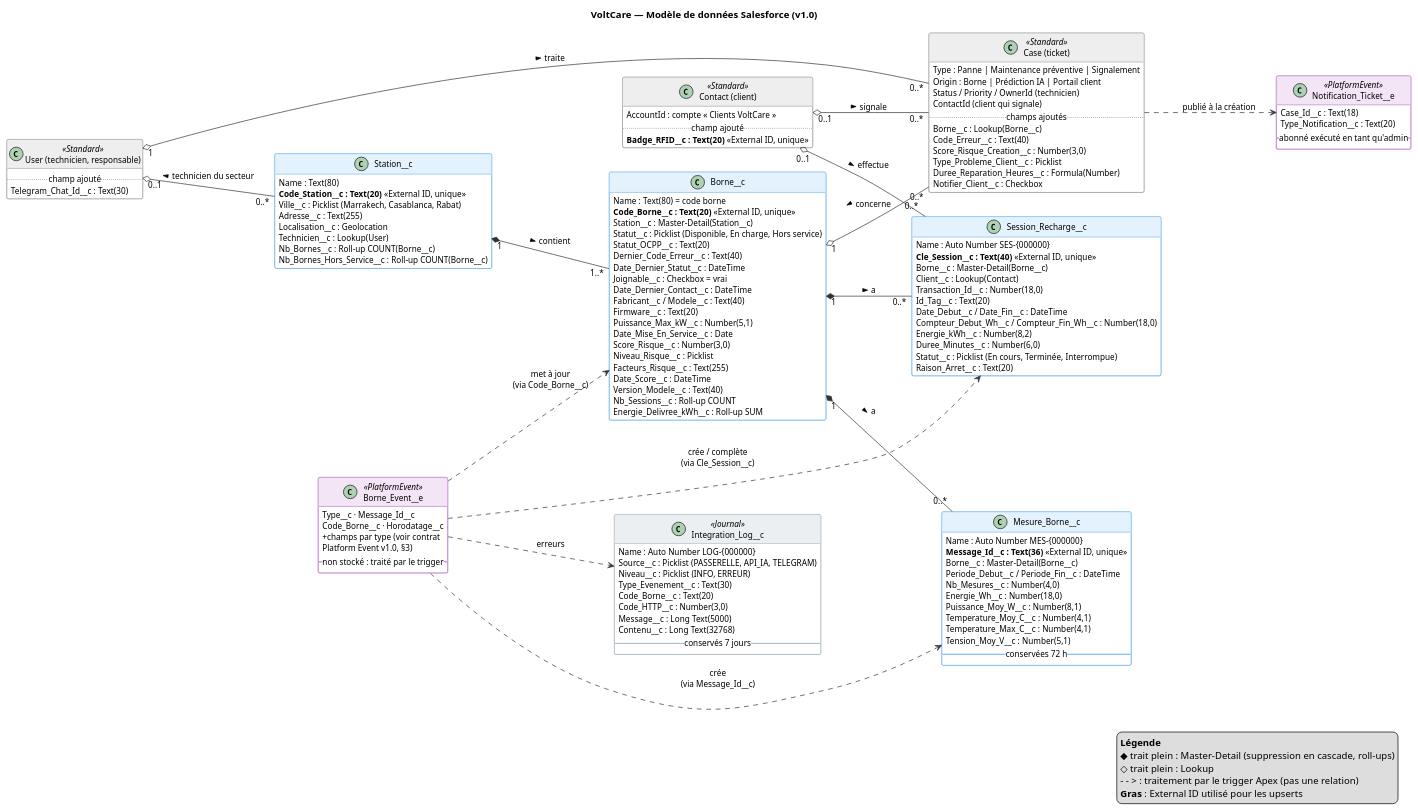
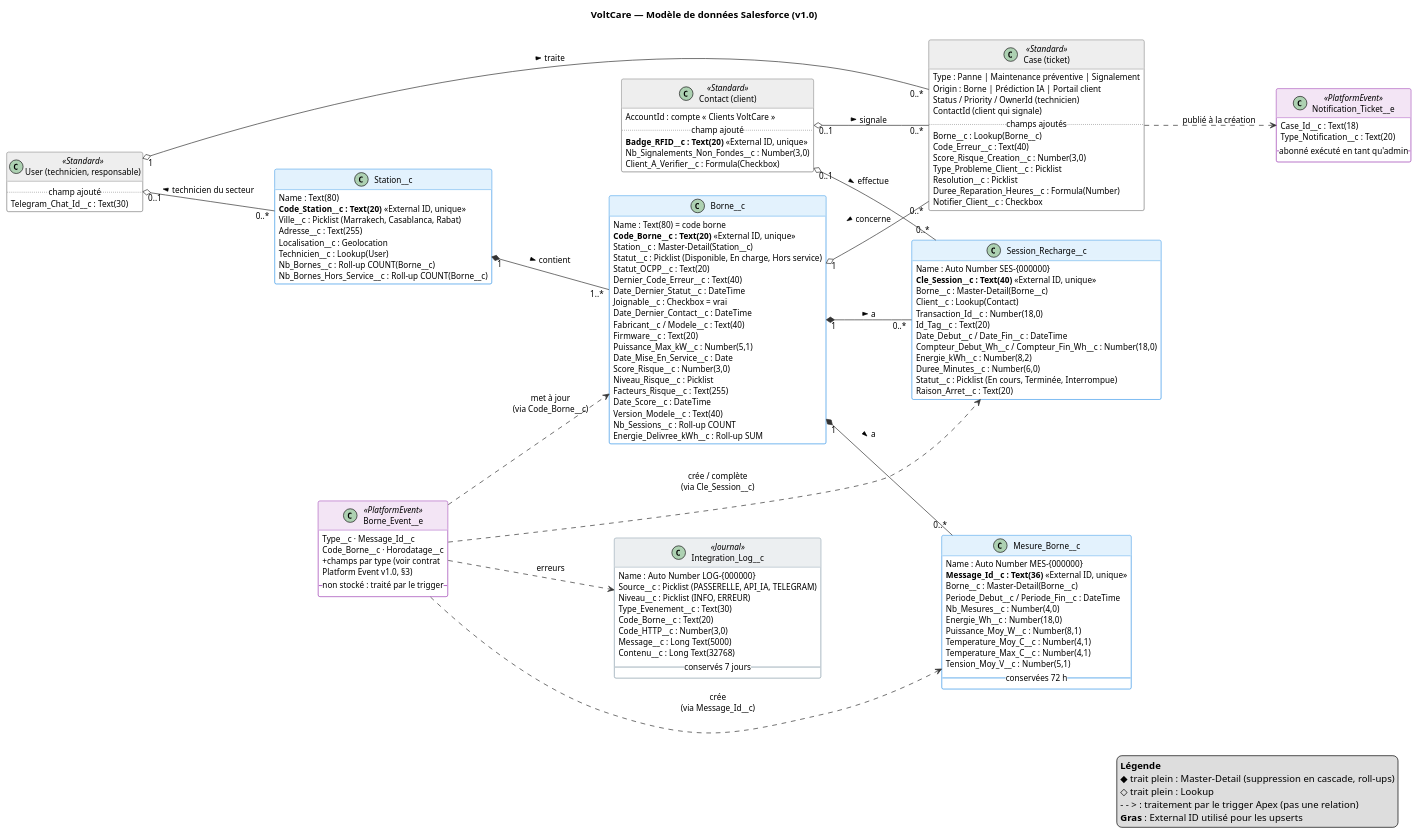
Before and after one commit to Bahaeeddine15/voltcare: the diagram in docs/conception/modele-donnees.puml, drawn with PlantUML. The commit also changed 11 other files, not shown here.

```diff
--- a/docs/conception/modele-donnees.puml
+++ b/docs/conception/modele-donnees.puml
@@ -1,167 +1,170 @@
 @startuml modele-donnees
 ' VoltCare — Modèle de données Salesforce v1.0 (ticket S2 « Modèle de données »)
 ' Conforme aux contrats MQTT, Platform Event et API IA v1.0
 
 skinparam classAttributeIconSize 0
 skinparam shadowing false
 skinparam defaultFontName Arial
 skinparam defaultFontSize 12
 skinparam ArrowColor #333333
 skinparam class {
   BorderColor #1E88E5
   BackgroundColor #FFFFFF
   HeaderBackgroundColor #E3F2FD
 }
 skinparam class<<Standard>> {
   BorderColor #6D6D6D
   HeaderBackgroundColor #EEEEEE
 }
 skinparam class<<PlatformEvent>> {
   BorderColor #8E24AA
   HeaderBackgroundColor #F3E5F5
 }
 skinparam class<<Journal>> {
   BorderColor #78909C
   HeaderBackgroundColor #ECEFF1
 }
 hide empty methods
 left to right direction
 
 title VoltCare — Modèle de données Salesforce (v1.0)
 
 class "Station__c" as Station {
   {field} Name : Text(80)
   {field} <b>Code_Station__c : Text(20)</b> «External ID, unique»
   {field} Ville__c : Picklist (Marrakech, Casablanca, Rabat)
   {field} Adresse__c : Text(255)
   {field} Localisation__c : Geolocation
   {field} Technicien__c : Lookup(User)
   {field} Nb_Bornes__c : Roll-up COUNT(Borne__c)
   {field} Nb_Bornes_Hors_Service__c : Roll-up COUNT(Borne__c)
 }
 
 class "Borne__c" as Borne {
   {field} Name : Text(80) = code borne
   {field} <b>Code_Borne__c : Text(20)</b> «External ID, unique»
   {field} Station__c : Master-Detail(Station__c)
   {field} Statut__c : Picklist (Disponible, En charge, Hors service)
   {field} Statut_OCPP__c : Text(20)
   {field} Dernier_Code_Erreur__c : Text(40)
   {field} Date_Dernier_Statut__c : DateTime
   {field} Joignable__c : Checkbox = vrai
   {field} Date_Dernier_Contact__c : DateTime
   {field} Fabricant__c / Modele__c : Text(40)
   {field} Firmware__c : Text(20)
   {field} Puissance_Max_kW__c : Number(5,1)
   {field} Date_Mise_En_Service__c : Date
   {field} Score_Risque__c : Number(3,0)
   {field} Niveau_Risque__c : Picklist
   {field} Facteurs_Risque__c : Text(255)
   {field} Date_Score__c : DateTime
   {field} Version_Modele__c : Text(40)
   {field} Nb_Sessions__c : Roll-up COUNT
   {field} Energie_Delivree_kWh__c : Roll-up SUM
 }
 
 class "Session_Recharge__c" as Session {
   {field} Name : Auto Number SES-{000000}
   {field} <b>Cle_Session__c : Text(40)</b> «External ID, unique»
   {field} Borne__c : Master-Detail(Borne__c)
   {field} Client__c : Lookup(Contact)
   {field} Transaction_Id__c : Number(18,0)
   {field} Id_Tag__c : Text(20)
   {field} Date_Debut__c / Date_Fin__c : DateTime
   {field} Compteur_Debut_Wh__c / Compteur_Fin_Wh__c : Number(18,0)
   {field} Energie_kWh__c : Number(8,2)
   {field} Duree_Minutes__c : Number(6,0)
   {field} Statut__c : Picklist (En cours, Terminée, Interrompue)
   {field} Raison_Arret__c : Text(20)
 }
 
 class "Mesure_Borne__c" as Mesure {
   {field} Name : Auto Number MES-{000000}
   {field} <b>Message_Id__c : Text(36)</b> «External ID, unique»
   {field} Borne__c : Master-Detail(Borne__c)
   {field} Periode_Debut__c / Periode_Fin__c : DateTime
   {field} Nb_Mesures__c : Number(4,0)
   {field} Energie_Wh__c : Number(18,0)
   {field} Puissance_Moy_W__c : Number(8,1)
   {field} Temperature_Moy_C__c : Number(4,1)
   {field} Temperature_Max_C__c : Number(4,1)
   {field} Tension_Moy_V__c : Number(5,1)
   -- conservées 72 h --
 }
 
 class "Case (ticket)" as Case <<Standard>> {
   {field} Type : Panne | Maintenance préventive | Signalement
   {field} Origin : Borne | Prédiction IA | Portail client
   {field} Status / Priority / OwnerId (technicien)
   {field} ContactId (client qui signale)
   ..champs ajoutés..
   {field} Borne__c : Lookup(Borne__c)
   {field} Code_Erreur__c : Text(40)
   {field} Score_Risque_Creation__c : Number(3,0)
   {field} Type_Probleme_Client__c : Picklist
+  {field} Resolution__c : Picklist
   {field} Duree_Reparation_Heures__c : Formula(Number)
   {field} Notifier_Client__c : Checkbox
 }
 
 class "Contact (client)" as Contact <<Standard>> {
   {field} AccountId : compte « Clients VoltCare »
   ..champ ajouté..
   {field} <b>Badge_RFID__c : Text(20)</b> «External ID, unique»
+  {field} Nb_Signalements_Non_Fondes__c : Number(3,0)
+  {field} Client_A_Verifier__c : Formula(Checkbox)
 }
 
 class "User (technicien, responsable)" as User <<Standard>> {
   ..champ ajouté..
   {field} Telegram_Chat_Id__c : Text(30)
 }
 
 class "Integration_Log__c" as Log <<Journal>> {
   {field} Name : Auto Number LOG-{000000}
   {field} Source__c : Picklist (PASSERELLE, API_IA, TELEGRAM)
   {field} Niveau__c : Picklist (INFO, ERREUR)
   {field} Type_Evenement__c : Text(30)
   {field} Code_Borne__c : Text(20)
   {field} Code_HTTP__c : Number(3,0)
   {field} Message__c : Long Text(5000)
   {field} Contenu__c : Long Text(32768)
   -- conservés 7 jours --
 }
 
 class "Borne_Event__e" as Event <<PlatformEvent>> {
   {field} Type__c · Message_Id__c
   {field} Code_Borne__c · Horodatage__c
   {field} + champs par type (voir contrat
   {field} Platform Event v1.0, §3)
   -- non stocké : traité par le trigger --
 }
 
 class "Notification_Ticket__e" as Notif <<PlatformEvent>> {
   {field} Case_Id__c : Text(18)
   {field} Type_Notification__c : Text(20)
   -- abonné exécuté en tant qu'admin --
 }
 
 Station "1" *-- "1..*" Borne : contient >
 Borne "1" *-- "0..*" Session : a >
 Borne "1" *-- "0..*" Mesure : a >
 Borne "1" o-- "0..*" Case : concerne <
 Contact "0..1" o-- "0..*" Session : effectue >
 Contact "0..1" o-- "0..*" Case : signale >
 User "0..1" o-- "0..*" Station : technicien du secteur <
 User "1" o-- "0..*" Case : traite >
 Event ..> Borne : met à jour\n(via Code_Borne__c)
 Event ..> Session : crée / complète\n(via Cle_Session__c)
 Event ..> Mesure : crée\n(via Message_Id__c)
 Event ..> Log : erreurs
 Case ..> Notif : publié à la création
 
 legend right
   <b>Légende</b>
   ◆ trait plein : Master-Detail (suppression en cascade, roll-ups)
   ◇ trait plein : Lookup
   - - > : traitement par le trigger Apex (pas une relation)
   <b>Gras</b> : External ID utilisé pour les upserts
 endlegend
 @enduml
```
